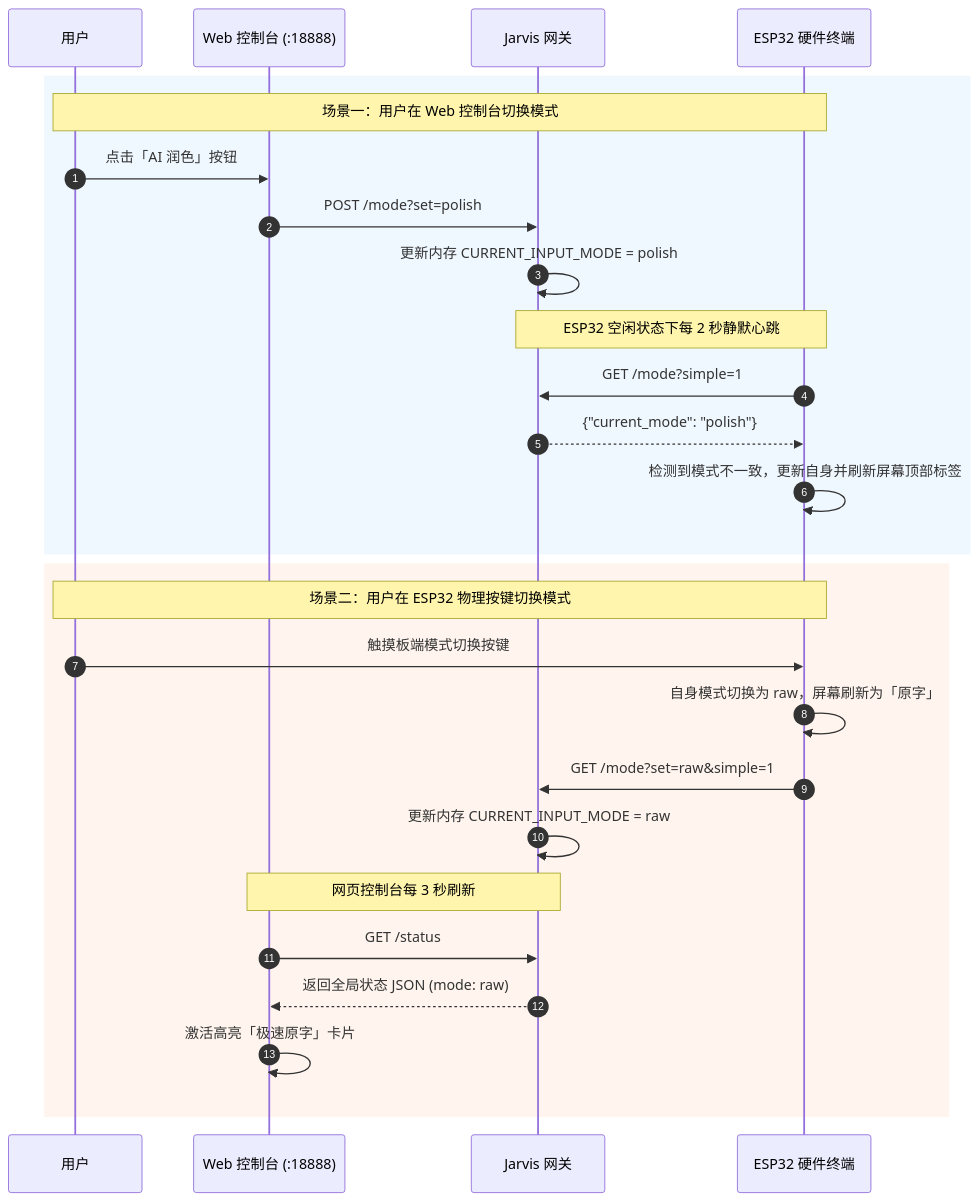
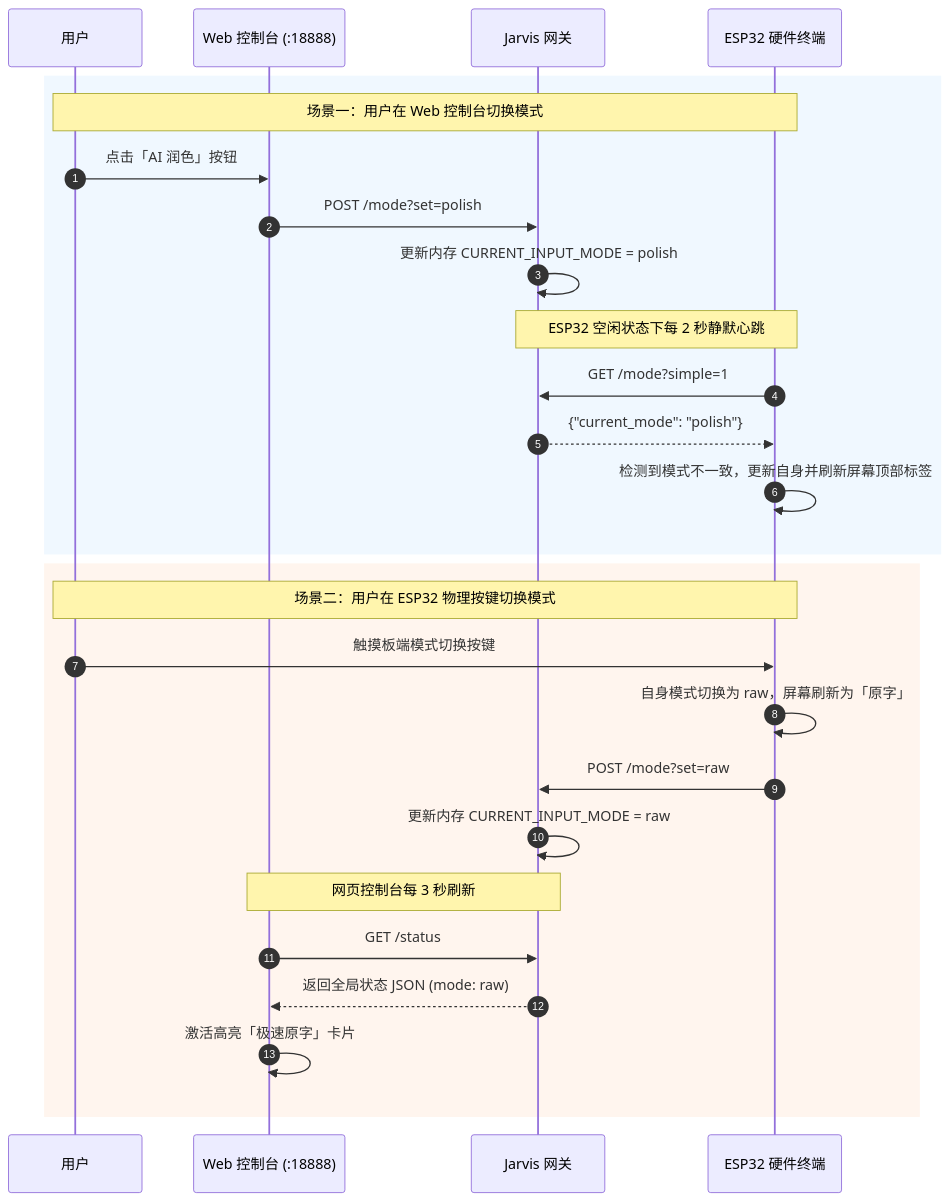
The third of 4 diagrams in docs/JARVIS-Server-Console-Guide.md (peyoba/jarvis-gateway), drawn with Mermaid before and after one commit. The commit also changed other lines of this file and 47 other files, not shown here.

````diff
--- a/docs/JARVIS-Server-Console-Guide.md
+++ b/docs/JARVIS-Server-Console-Guide.md
@@ -376,31 +376,31 @@
 ```mermaid
 sequenceDiagram
     autonumber
     participant User as 用户
     participant Dashboard as Web 控制台 (:18888)
     participant Gateway as Jarvis 网关
     participant Board as ESP32 硬件终端
 
     rect rgb(240, 248, 255)
     Note over User,Board: 场景一：用户在 Web 控制台切换模式
     User->>Dashboard: 点击「AI 润色」按钮
     Dashboard->>Gateway: POST /mode?set=polish
     Gateway->>Gateway: 更新内存 CURRENT_INPUT_MODE = polish
     Note over Board,Gateway: ESP32 空闲状态下每 2 秒静默心跳
     Board->>Gateway: GET /mode?simple=1
     Gateway-->>Board: {"current_mode": "polish"}
     Board->>Board: 检测到模式不一致，更新自身并刷新屏幕顶部标签
     end
 
     rect rgb(255, 245, 238)
     Note over User,Board: 场景二：用户在 ESP32 物理按键切换模式
     User->>Board: 触摸板端模式切换按键
     Board->>Board: 自身模式切换为 raw，屏幕刷新为「原字」
-    Board->>Gateway: GET /mode?set=raw&simple=1
+    Board->>Gateway: POST /mode?set=raw
     Gateway->>Gateway: 更新内存 CURRENT_INPUT_MODE = raw
     Note over Dashboard,Gateway: 网页控制台每 3 秒刷新
     Dashboard->>Gateway: GET /status
     Gateway-->>Dashboard: 返回全局状态 JSON (mode: raw)
     Dashboard->>Dashboard: 激活高亮「极速原字」卡片
     end
 ```
````
